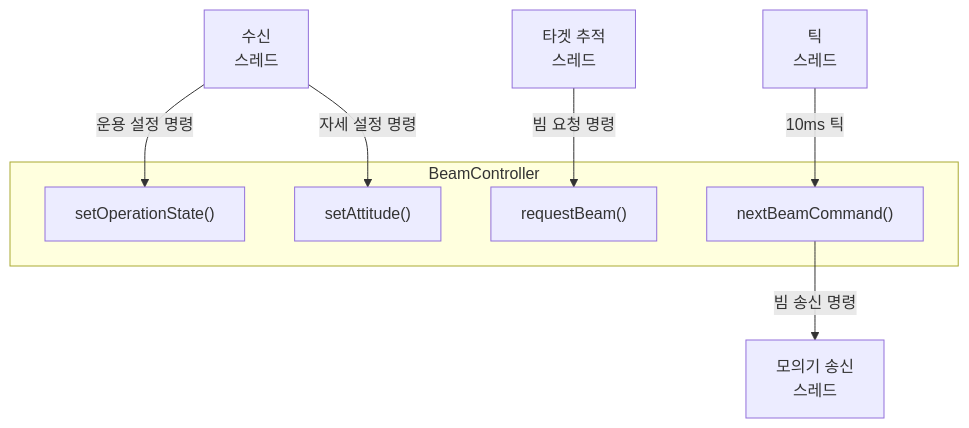
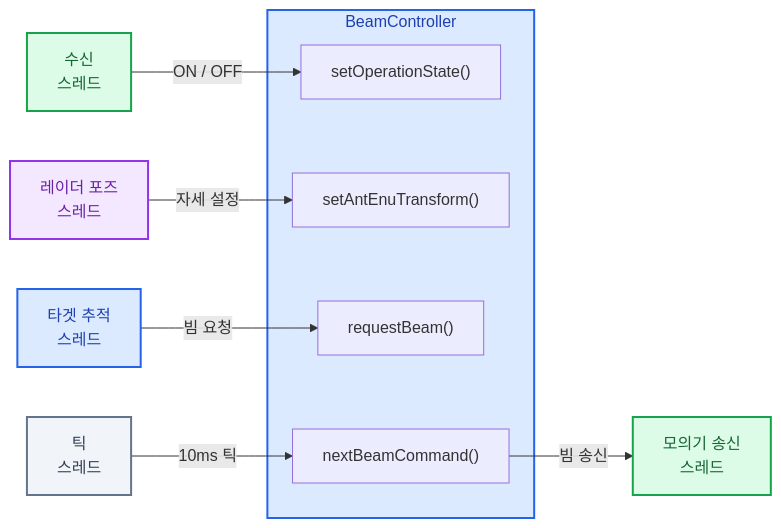
Before and after one commit to AESAlien/aesa-processor: the first of 2 diagrams in src/beam/README.md, drawn with Mermaid. The commit also changed other lines of this file and 114 other files, not shown here.

````diff
--- a/src/beam/README.md
+++ b/src/beam/README.md
@@ -5,20 +5,32 @@
 ```mermaid
-flowchart TB
+flowchart LR
     CommReceiveWorker[수신<br/>스레드]
+    PoseWorker[레이더 포즈<br/>스레드]
     TargetWorker[타겟 추적<br/>스레드]
     TickWorker[틱<br/>스레드]
     SimulatorSendWorker[모의기 송신<br/>스레드]
 
     subgraph BeamController
         setOperationState["setOperationState()"]
-        setAttitude["setAttitude()"]
+        setAntEnuTransform["setAntEnuTransform()"]
         requestBeam["requestBeam()"]
         nextBeamCommand["nextBeamCommand()"]
     end
 
-    CommReceiveWorker -->|운용 설정 명령| setOperationState
-    CommReceiveWorker -->|자세 설정 명령| setAttitude
-    TargetWorker -->|빔 요청 명령| requestBeam
+    CommReceiveWorker -->|ON / OFF| setOperationState
+    PoseWorker -->|자세 설정| setAntEnuTransform
+    TargetWorker -->|빔 요청| requestBeam
     TickWorker -->|10ms 틱| nextBeamCommand
-    nextBeamCommand -->|빔 송신 명령| SimulatorSendWorker
+    nextBeamCommand -->|빔 송신| SimulatorSendWorker
+
+    classDef communication fill:#DCFCE7,stroke:#16A34A,color:#166534,stroke-width:2px
+    classDef processing fill:#DBEAFE,stroke:#2563EB,color:#1E40AF,stroke-width:2px
+    classDef utility fill:#F3E8FF,stroke:#9333EA,color:#6B21A8,stroke-width:2px
+    classDef control fill:#F1F5F9,stroke:#64748B,color:#334155,stroke-width:2px
+
+    class CommReceiveWorker,SimulatorSendWorker communication
+    class TargetWorker processing
+    class PoseWorker utility
+    class TickWorker control
+    style BeamController fill:#DBEAFE,stroke:#2563EB,color:#1E40AF,stroke-width:2px
 ```
````
